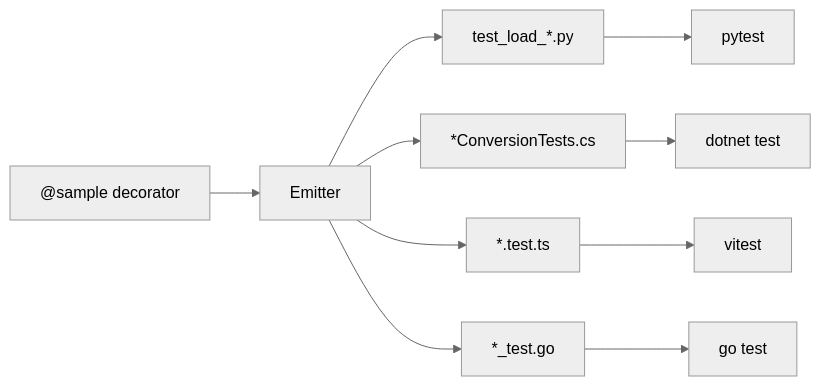
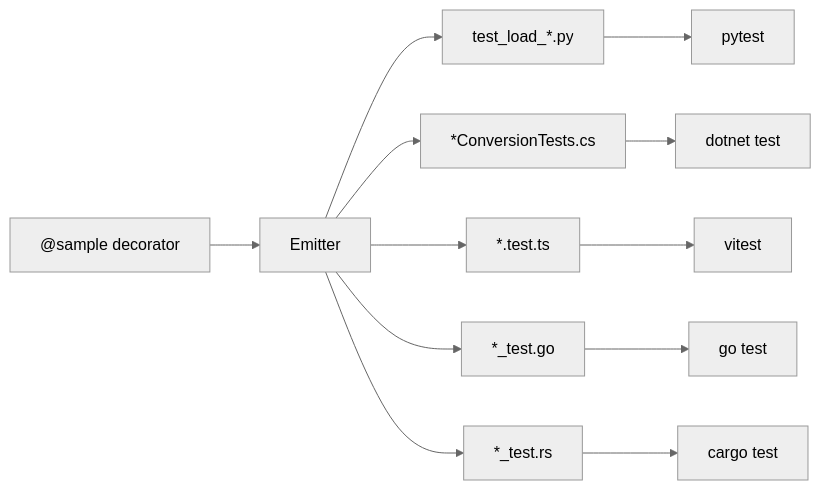
Before and after one commit to microsoft/AgentSchema: the diagram in docs/src/content/docs/contributing/testing.mdx, drawn with Mermaid (neutral theme). The commit also changed other lines of this file and 14 other files, not shown here.

````diff
--- a/docs/src/content/docs/contributing/testing.mdx
+++ b/docs/src/content/docs/contributing/testing.mdx
@@ -51,12 +59,14 @@
 ```mermaid
 flowchart LR
     A["@sample decorator"] --> B[Emitter]
     B --> C[test_load_*.py]
     B --> D[*ConversionTests.cs]
     B --> E[*.test.ts]
     B --> I[*_test.go]
+    B --> K[*_test.rs]
     C --> F[pytest]
     D --> G[dotnet test]
     E --> H[vitest]
     I --> J[go test]
+    K --> L[cargo test]
 ```
````
